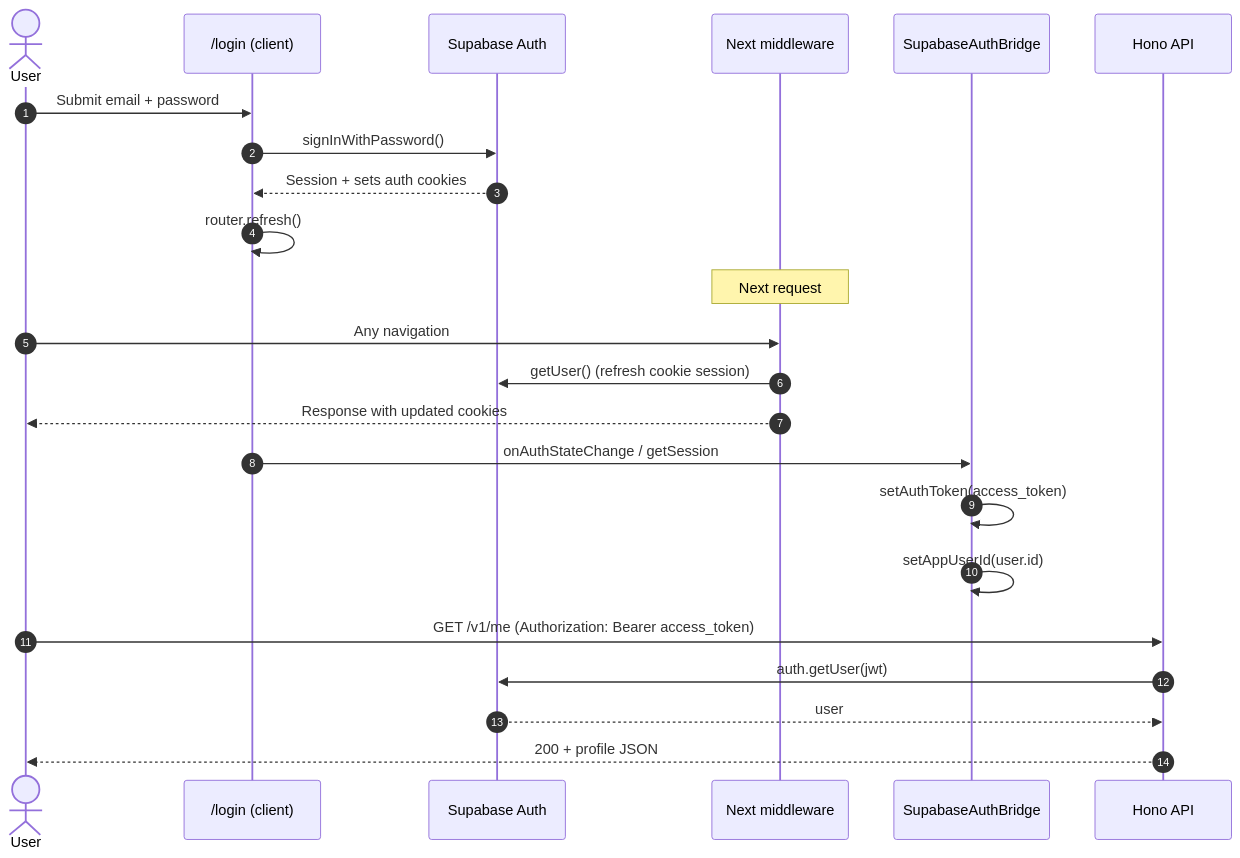
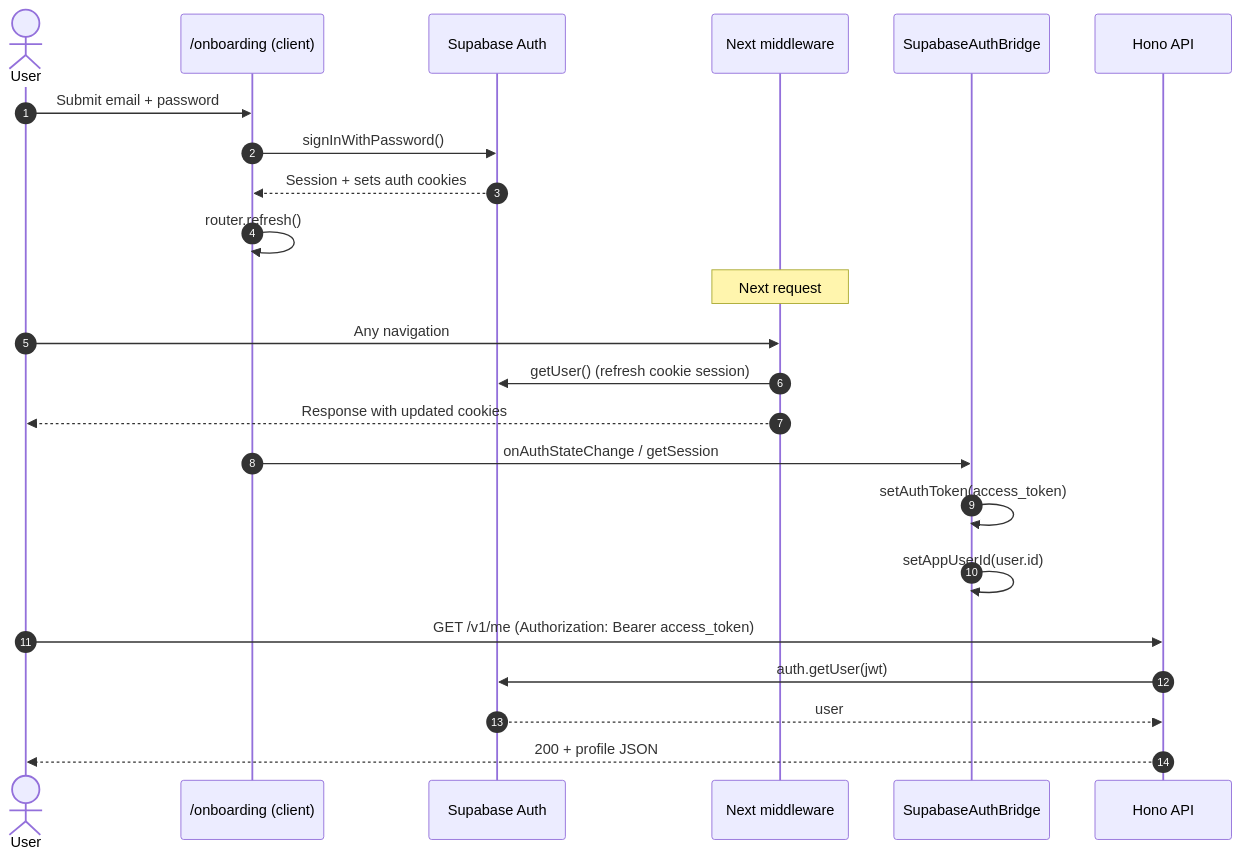
Before and after one commit to skkuse/2026spring_41class_team7: the second of 5 diagrams in docs/supabase-auth.md, drawn with Mermaid. The commit also changed other lines of this file and 91 other files, not shown here.

````diff
--- a/docs/supabase-auth.md
+++ b/docs/supabase-auth.md
@@ -70,29 +70,29 @@
 ```mermaid
 sequenceDiagram
   autonumber
   actor User
-  participant Login as /login (client)
+  participant Login as /onboarding (client)
   participant SB as Supabase Auth
   participant MW as Next middleware
   participant Bridge as SupabaseAuthBridge
   participant API as Hono API
 
   User->>Login: Submit email + password
   Login->>SB: signInWithPassword()
   SB-->>Login: Session + sets auth cookies
   Login->>Login: router.refresh()
 
   Note over MW: Next request
   User->>MW: Any navigation
   MW->>SB: getUser() (refresh cookie session)
   MW-->>User: Response with updated cookies
 
   Login->>Bridge: onAuthStateChange / getSession
   Bridge->>Bridge: setAuthToken(access_token)
   Bridge->>Bridge: setAppUserId(user.id)
 
   User->>API: GET /v1/me (Authorization: Bearer access_token)
   API->>SB: auth.getUser(jwt)
   SB-->>API: user
   API-->>User: 200 + profile JSON
 ```
````
